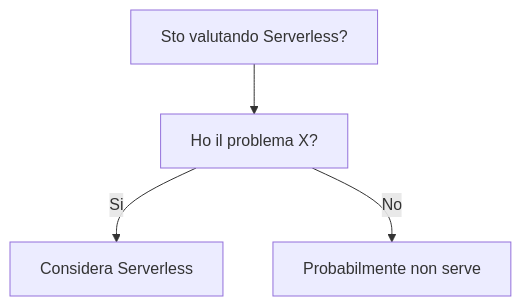
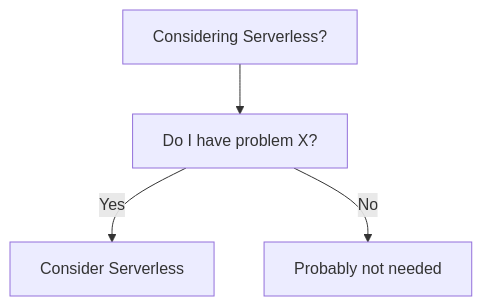
Before and after one commit to HxT9/Software-Dev-Wiki: the diagram in dev-wiki/02_Architecture/Serverless/When_To_Use.md, drawn with Mermaid. The commit also changed other lines of this file and 3444 other files, not shown here.

````diff
--- a/dev-wiki/02_Architecture/Serverless/When_To_Use.md
+++ b/dev-wiki/02_Architecture/Serverless/When_To_Use.md
@@ -19,6 +19,6 @@
 ```mermaid
 flowchart TD
-  Q[Sto valutando Serverless?] --> Q1[Ho il problema X?]
-  Q1 -->|Si| OK[Considera Serverless]
-  Q1 -->|No| NO[Probabilmente non serve]
+  Q[Considering Serverless?] --> Q1[Do I have problem X?]
+  Q1 -->|Yes| OK[Consider Serverless]
+  Q1 -->|No| NO[Probably not needed]
 ```
````
